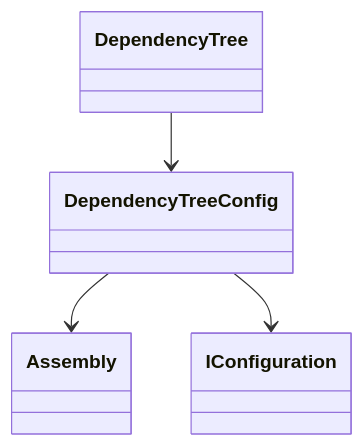
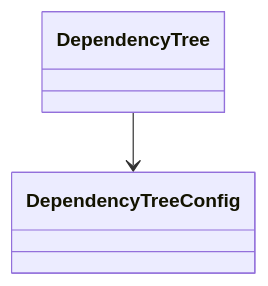
The diagram in example-outputs/mermaidmd.md (maisiesadler/lively), drawn with Mermaid before and after one commit. The commit also changed 10 other files, not shown here.

````diff
--- a/example-outputs/mermaidmd.md
+++ b/example-outputs/mermaidmd.md
@@ -1,7 +1,5 @@
 ```mermaid
 classDiagram
   DependencyTree --> DependencyTreeConfig
-  DependencyTreeConfig --> Assembly
-  DependencyTreeConfig --> IConfiguration
 
 ```
````
